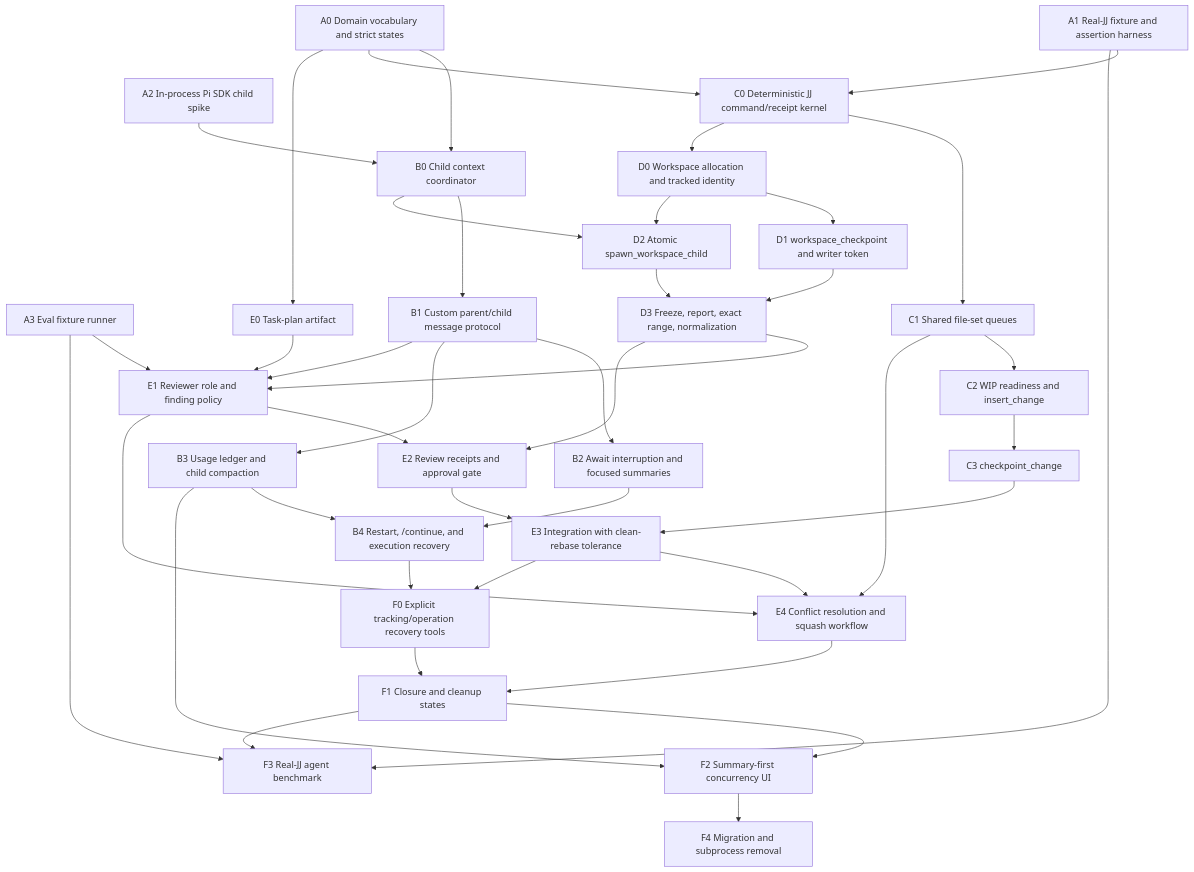
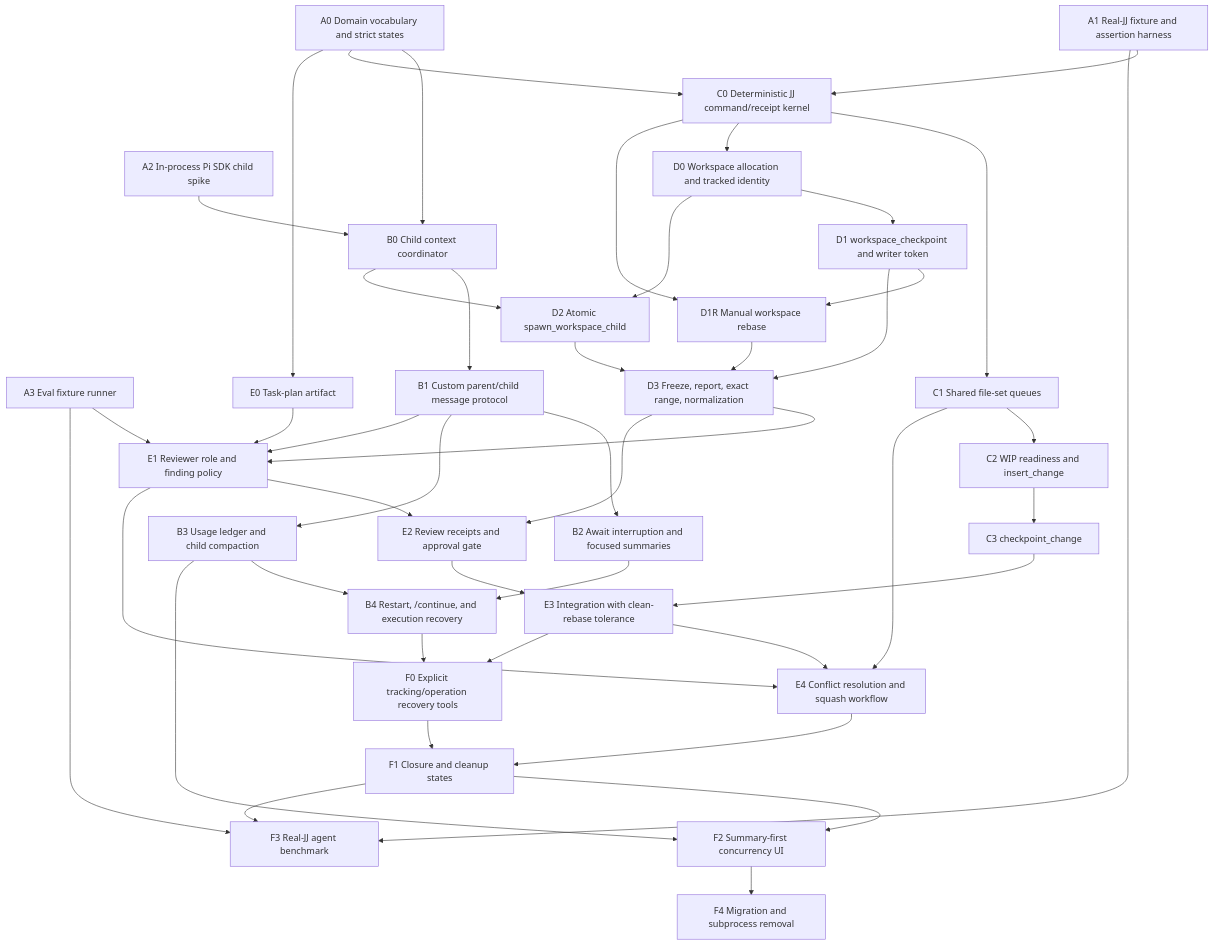
One commit to xavierchanth/pi-guardian changed the diagram in docs/agent-concurrency/IMPLEMENTATION_DAG.md. Above: the diagram before and after it, drawn with Mermaid. The commit also changed other lines of this file and 15 other files, not shown here.

Commit message:
feat(jj): define manual workspace rebase contract

```diff
--- a/docs/agent-concurrency/IMPLEMENTATION_DAG.md
+++ b/docs/agent-concurrency/IMPLEMENTATION_DAG.md
@@ -24,6 +24,7 @@
 
   D0["D0 Workspace allocation and tracked identity"]
   D1["D1 workspace_checkpoint and writer token"]
+  D1R["D1R Manual workspace rebase"]
   D2["D2 Atomic spawn_workspace_child"]
   D3["D3 Freeze, report, exact range, normalization"]
 
@@ -55,9 +56,12 @@
 
   C0 --> D0
   D0 --> D1
+  C0 --> D1R
+  D1 --> D1R
   B0 --> D2
   D0 --> D2
   D1 --> D3
+  D1R --> D3
   D2 --> D3
 
   A0 --> E0
```
